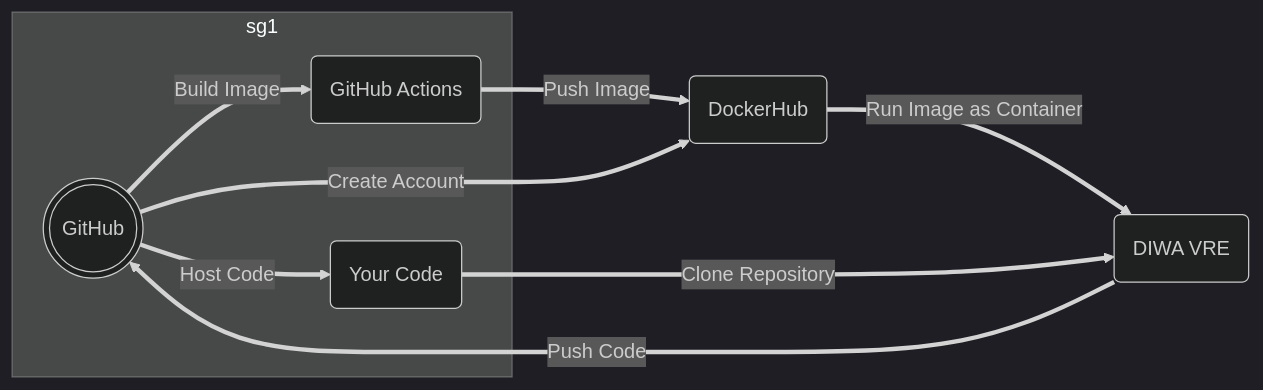
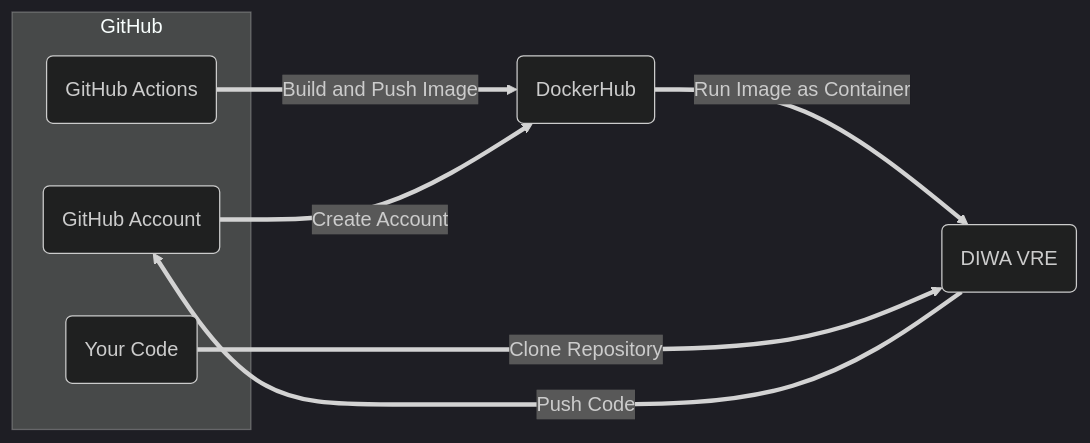
One commit to eculler/diwa-community changed the diagram in how-tos/Build a Docker Image/run-repo2docker-vre.md. Above: the diagram before and after it, drawn with Mermaid (dark theme).

Commit message:
Update diagram labels in run-repo2docker-vre.md

````diff
--- a/how-tos/Build a Docker Image/run-repo2docker-vre.md
+++ b/how-tos/Build a Docker Image/run-repo2docker-vre.md
@@ -13,16 +13,15 @@
 ```mermaid
 flowchart LR
-    subgraph sg1
-      id1(((GitHub)))
+    subgraph GitHub
+      id1(GitHub Account)
       id10(Your Code)
       id11(GitHub Actions)
     end
     id3(DIWA VRE)
     id2(DockerHub)
     id2 == Run Image as Container ==> id3
     id3 == Push Code ==> id1
-    id1 == Host Code ==> id10 == Clone Repository ==> id3
-    id1 == Build Image ==> id11 == Push Image ==> id2
+    id11 == Build and Push Image ==> id2
     id1 == Create Account ==> id2
-    
+    id10 == Clone Repository ==> id3
 ```
````
